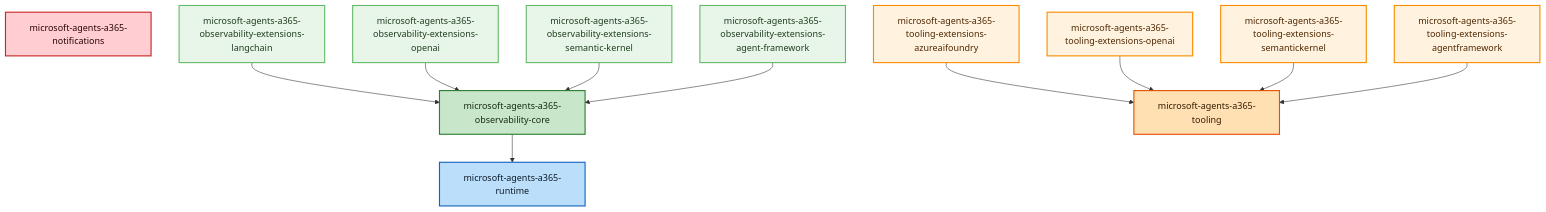
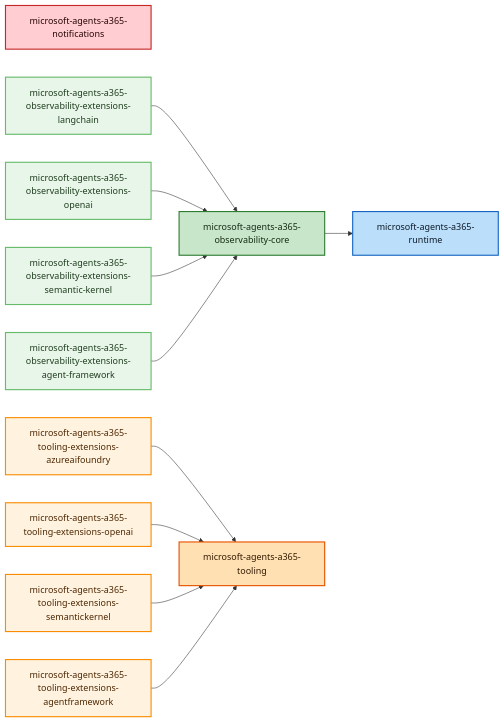
Before and after one commit to microsoft/Agent365-python: the diagram in DEPENDENCIES.md, drawn with Mermaid. The commit also changed 1 other file, not shown here.

Commit message:
Change layout of diagram to make it easier to read

````diff
--- a/DEPENDENCIES.md
+++ b/DEPENDENCIES.md
@@ -5,41 +5,41 @@
 ```mermaid
-graph TD
+graph LR
     %% Package Nodes
-    notifications["microsoft-agents-a365-notifications"]
-    observability_core["microsoft-agents-a365-observability-core"]
-    observability_extensions_langchain["microsoft-agents-a365-observability-extensions-langchain"]
-    observability_extensions_openai["microsoft-agents-a365-observability-extensions-openai"]
-    observability_extensions_semantic_kernel["microsoft-agents-a365-observability-extensions-semantic-kernel"]
-    observability_extensions_agent_framework["microsoft-agents-a365-observability-extensions-agent-framework"]
-    runtime["microsoft-agents-a365-runtime"]
-    tooling["microsoft-agents-a365-tooling"]
-    tooling_extensions_azureaifoundry["microsoft-agents-a365-tooling-extensions-azureaifoundry"]
-    tooling_extensions_openai["microsoft-agents-a365-tooling-extensions-openai"]
-    tooling_extensions_semantickernel["microsoft-agents-a365-tooling-extensions-semantickernel"]
-    tooling_extensions_agentframework["microsoft-agents-a365-tooling-extensions-agentframework"]
+    microsoft_agents_a365_notifications["microsoft-agents-a365-notifications"]
+    microsoft_agents_a365_observability_core["microsoft-agents-a365-observability-core"]
+    microsoft_agents_a365_observability_extensions_langchain["microsoft-agents-a365-observability-extensions-langchain"]
+    microsoft_agents_a365_observability_extensions_openai["microsoft-agents-a365-observability-extensions-openai"]
+    microsoft_agents_a365_observability_extensions_semantic_kernel["microsoft-agents-a365-observability-extensions-semantic-kernel"]
+    microsoft_agents_a365_observability_extensions_agent_framework["microsoft-agents-a365-observability-extensions-agent-framework"]
+    microsoft_agents_a365_runtime["microsoft-agents-a365-runtime"]
+    microsoft_agents_a365_tooling["microsoft-agents-a365-tooling"]
+    microsoft_agents_a365_tooling_extensions_azureaifoundry["microsoft-agents-a365-tooling-extensions-azureaifoundry"]
+    microsoft_agents_a365_tooling_extensions_openai["microsoft-agents-a365-tooling-extensions-openai"]
+    microsoft_agents_a365_tooling_extensions_semantickernel["microsoft-agents-a365-tooling-extensions-semantickernel"]
+    microsoft_agents_a365_tooling_extensions_agentframework["microsoft-agents-a365-tooling-extensions-agentframework"]
 
     %% Dependencies
-    observability_core --> runtime
-    observability_extensions_langchain --> observability_core
-    observability_extensions_openai --> observability_core
-    observability_extensions_semantic_kernel --> observability_core
-    observability_extensions_agent_framework --> observability_core
-    tooling_extensions_azureaifoundry --> tooling
-    tooling_extensions_openai --> tooling
-    tooling_extensions_semantickernel --> tooling
-    tooling_extensions_agentframework --> tooling
+    microsoft_agents_a365_observability_core --> microsoft_agents_a365_runtime
+    microsoft_agents_a365_observability_extensions_langchain --> microsoft_agents_a365_observability_core
+    microsoft_agents_a365_observability_extensions_openai --> microsoft_agents_a365_observability_core
+    microsoft_agents_a365_observability_extensions_semantic_kernel --> microsoft_agents_a365_observability_core
+    microsoft_agents_a365_observability_extensions_agent_framework --> microsoft_agents_a365_observability_core
+    microsoft_agents_a365_tooling_extensions_azureaifoundry --> microsoft_agents_a365_tooling
+    microsoft_agents_a365_tooling_extensions_openai --> microsoft_agents_a365_tooling
+    microsoft_agents_a365_tooling_extensions_semantickernel --> microsoft_agents_a365_tooling
+    microsoft_agents_a365_tooling_extensions_agentframework --> microsoft_agents_a365_tooling
 
     %% Styling
     classDef notifications fill:#ffcdd2,stroke:#c62828,color:#280505,stroke-width:2px
-    class notifications notifications
+    class microsoft_agents_a365_notifications notifications
     classDef runtime fill:#bbdefb,stroke:#1565c0,color:#0d1a26,stroke-width:2px
-    class runtime runtime
+    class microsoft_agents_a365_runtime runtime
     classDef observability fill:#c8e6c9,stroke:#2e7d32,color:#142a14,stroke-width:2px
-    class observability_core observability
+    class microsoft_agents_a365_observability_core observability
     classDef observability_extensions fill:#e8f5e9,stroke:#66bb6a,color:#1f3d1f,stroke-width:2px
-    class observability_extensions_langchain,observability_extensions_openai,observability_extensions_semantic_kernel,observability_extensions_agent_framework observability_extensions
+    class microsoft_agents_a365_observability_extensions_langchain,microsoft_agents_a365_observability_extensions_openai,microsoft_agents_a365_observability_extensions_semantic_kernel,microsoft_agents_a365_observability_extensions_agent_framework observability_extensions
     classDef tooling fill:#ffe0b2,stroke:#e65100,color:#331a00,stroke-width:2px
-    class tooling tooling
+    class microsoft_agents_a365_tooling tooling
     classDef tooling_extensions fill:#fff3e0,stroke:#fb8c00,color:#4d2600,stroke-width:2px
-    class tooling_extensions_azureaifoundry,tooling_extensions_openai,tooling_extensions_semantickernel,tooling_extensions_agentframework tooling_extensions
+    class microsoft_agents_a365_tooling_extensions_azureaifoundry,microsoft_agents_a365_tooling_extensions_openai,microsoft_agents_a365_tooling_extensions_semantickernel,microsoft_agents_a365_tooling_extensions_agentframework tooling_extensions
 ```
````
